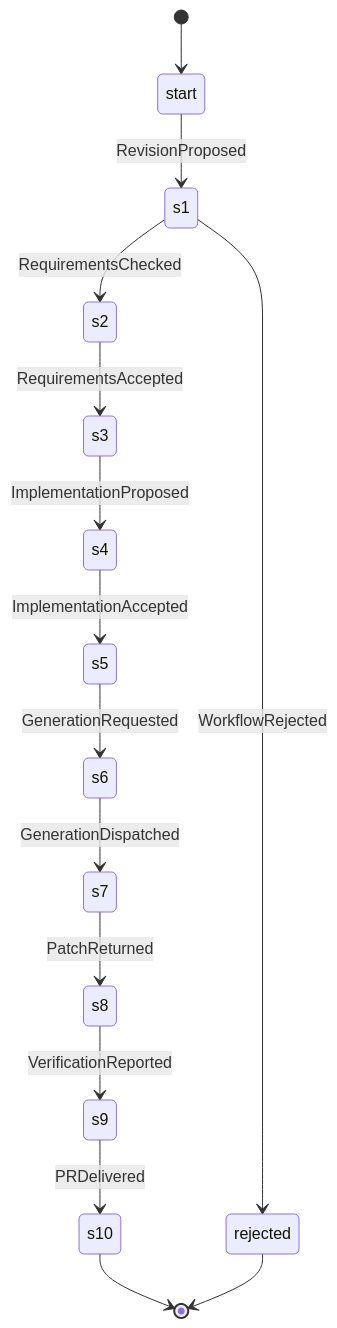
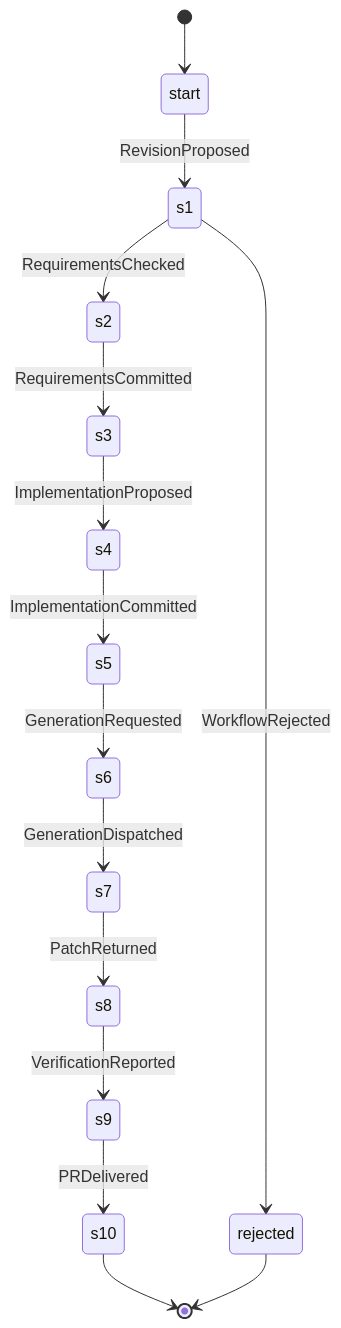
Before and after one commit to rfielding/leanFM: the second of 3 diagrams in SELF_HOSTING_REVIEW.md, drawn with Mermaid. The commit also changed other lines of this file and 16 other files, not shown here.

````diff
--- a/SELF_HOSTING_REVIEW.md
+++ b/SELF_HOSTING_REVIEW.md
@@ -35,17 +35,17 @@
 ```mermaid
 stateDiagram-v2
     [*] --> start
     start --> s1: RevisionProposed
     s1 --> s2: RequirementsChecked
-    s2 --> s3: RequirementsAccepted
+    s2 --> s3: RequirementsCommitted
     s3 --> s4: ImplementationProposed
-    s4 --> s5: ImplementationAccepted
+    s4 --> s5: ImplementationCommitted
     s5 --> s6: GenerationRequested
     s6 --> s7: GenerationDispatched
     s7 --> s8: PatchReturned
     s8 --> s9: VerificationReported
     s9 --> s10: PRDelivered
     s1 --> rejected: WorkflowRejected
     s10 --> [*]
     rejected --> [*]
 ```
````
